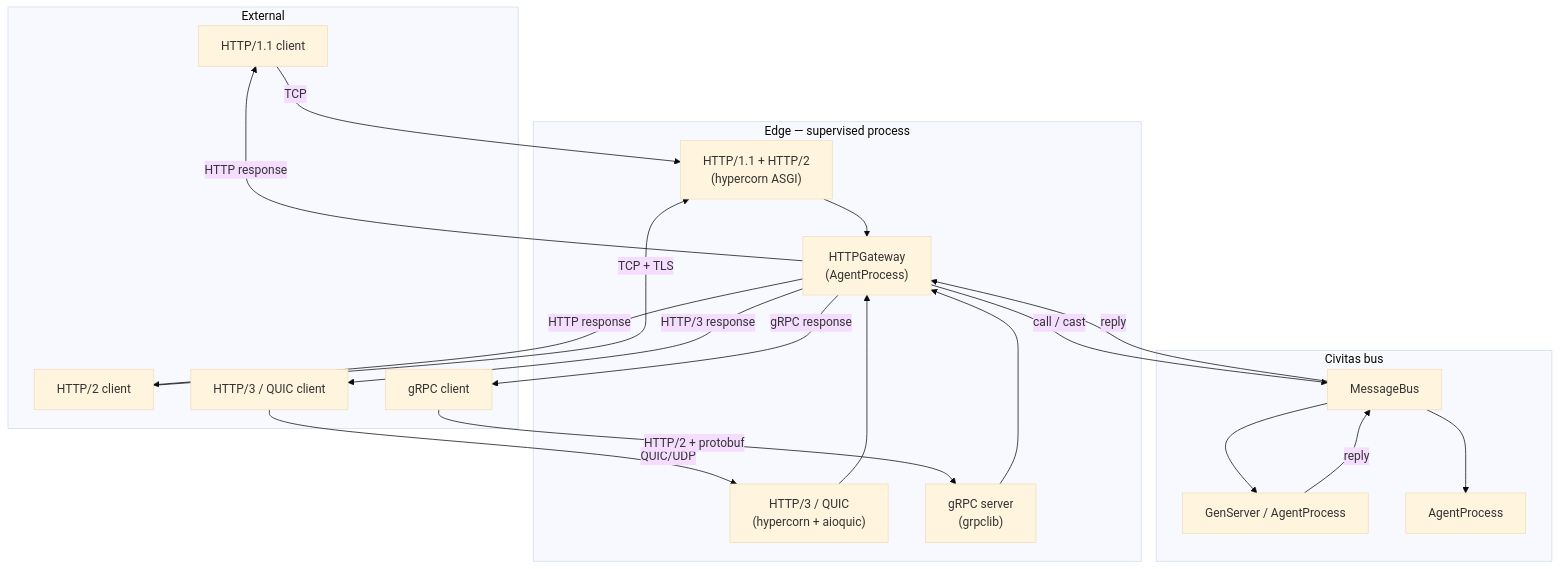
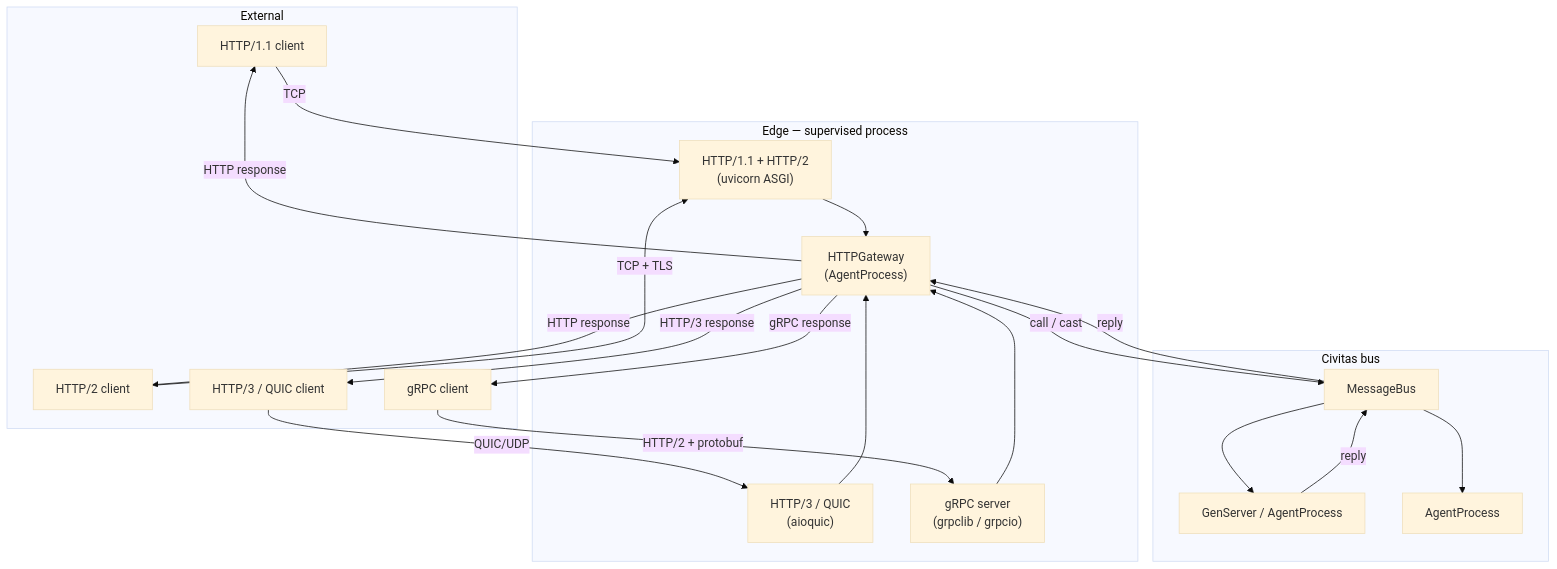
Before and after one commit to jerynmathew/python-civitas: the diagram in docs/design/http-gateway.md, drawn with Mermaid (base theme). The commit also changed other lines of this file, not shown here.

First line of the commit message:
docs: update HTTP Gateway spec with C/Rust-backed library choices

````diff
--- a/docs/design/http-gateway.md
+++ b/docs/design/http-gateway.md
@@ -34,41 +34,41 @@
 ```mermaid
 graph TD
     subgraph "External"
         C1["HTTP/1.1 client"]
         C2["HTTP/2 client"]
         C3["HTTP/3 / QUIC client"]
         C4["gRPC client"]
     end
 
     subgraph "Edge — supervised process"
         GW["HTTPGateway\n(AgentProcess)"]
-        H1["HTTP/1.1 + HTTP/2\n(hypercorn ASGI)"]
-        H3["HTTP/3 / QUIC\n(hypercorn + aioquic)"]
-        GR["gRPC server\n(grpclib)"]
+        H1["HTTP/1.1 + HTTP/2\n(uvicorn ASGI)"]
+        H3["HTTP/3 / QUIC\n(aioquic)"]
+        GR["gRPC server\n(grpclib / grpcio)"]
     end
 
     subgraph "Civitas bus"
         BUS["MessageBus"]
         A1["GenServer / AgentProcess"]
         A2["AgentProcess"]
     end
 
     C1 -->|TCP| H1
     C2 -->|TCP + TLS| H1
     C3 -->|QUIC/UDP| H3
     C4 -->|HTTP/2 + protobuf| GR
 
     H1 --> GW
     H3 --> GW
     GR --> GW
 
     GW -->|call / cast| BUS
     BUS --> A1
     BUS --> A2
     A1 -->|reply| BUS
     BUS -->|reply| GW
     GW -->|HTTP response| C1
     GW -->|HTTP response| C2
     GW -->|HTTP/3 response| C3
     GW -->|gRPC response| C4
 ```
````
